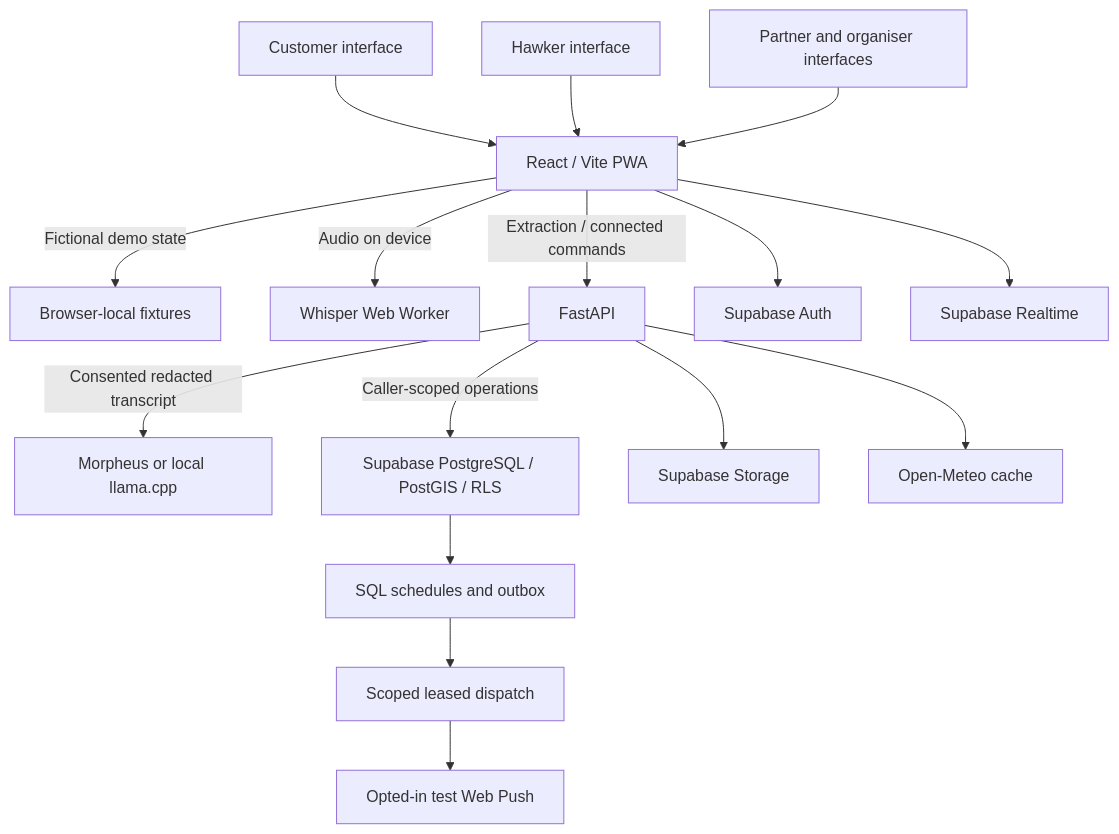
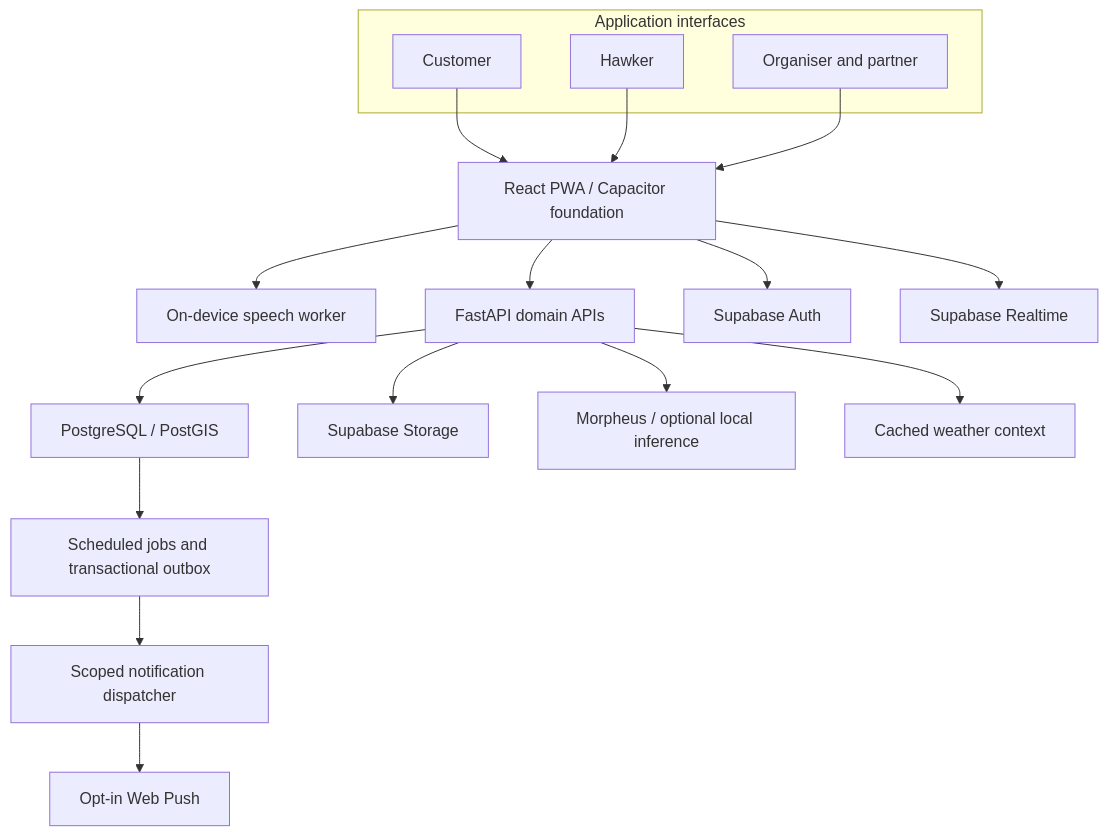
Before and after one commit to TEE123754/PasarMalam: the diagram in README.md, drawn with Mermaid. The commit also changed other lines of this file and 2 other files, not shown here.

````diff
--- a/README.md
+++ b/README.md
@@ -197,18 +147,23 @@
 ```mermaid
-flowchart TD
-    Customer[Customer interface] --> Web[React / Vite PWA]
-    Hawker[Hawker interface] --> Web
-    Organiser[Partner and organiser interfaces] --> Web
-    Web -->|Fictional demo state| Fixtures[Browser-local fixtures]
-    Web -->|Audio on device| Speech[Whisper Web Worker]
-    Web -->|Extraction / connected commands| API[FastAPI]
-    API -->|Consented redacted transcript| AI[Morpheus or local llama.cpp]
-    API -->|Caller-scoped operations| DB[Supabase PostgreSQL / PostGIS / RLS]
+flowchart TB
+    subgraph Interfaces[Application interfaces]
+        Customer[Customer]
+        Hawker[Hawker]
+        Organiser[Organiser and partner]
+    end
+
+    Customer --> Web[React PWA / Capacitor foundation]
+    Hawker --> Web
+    Organiser --> Web
+    Web --> Speech[On-device speech worker]
+    Web --> API[FastAPI domain APIs]
     Web --> Auth[Supabase Auth]
     Web --> Realtime[Supabase Realtime]
+    API --> Database[PostgreSQL / PostGIS]
     API --> Storage[Supabase Storage]
-    API --> Weather[Open-Meteo cache]
-    DB --> Jobs[SQL schedules and outbox]
-    Jobs --> Dispatch[Scoped leased dispatch]
-    Dispatch --> Push[Opted-in test Web Push]
+    API --> AI[Morpheus / optional local inference]
+    API --> Weather[Cached weather context]
+    Database --> Jobs[Scheduled jobs and transactional outbox]
+    Jobs --> Dispatcher[Scoped notification dispatcher]
+    Dispatcher --> Push[Opt-in Web Push]
 ```
````
